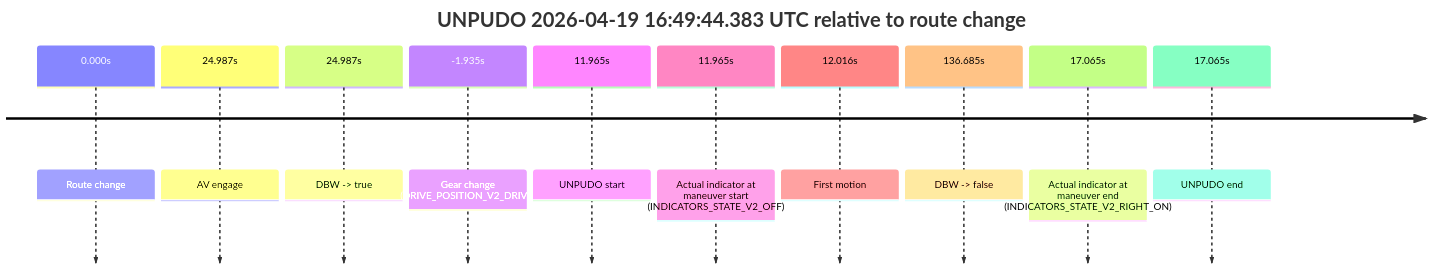
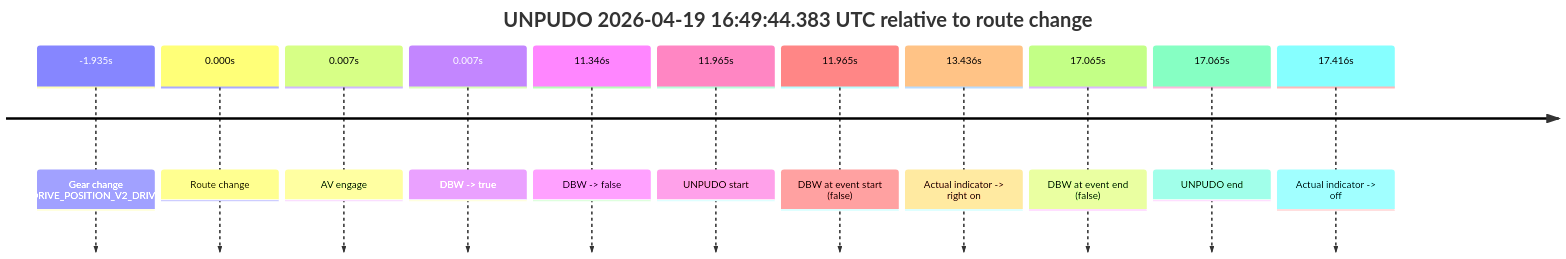
One commit to yoelshapiro/vault changed the fifth of 7 diagrams in model_analysis/report_cards/2026/04/Week-3/fme10010--2026-04-19--15-59-19--gen2-av-2bf37b53-8628-4edc-b973-f2233dbd6506.md. Above: the diagram before and after it, drawn with Mermaid. The commit also changed other lines of this file and 41 other files, not shown here.

````diff
--- a/model_analysis/report_cards/2026/04/Week-3/fme10010--2026-04-19--15-59-19--gen2-av-2bf37b53-8628-4edc-b973-f2233dbd6506.md
+++ b/model_analysis/report_cards/2026/04/Week-3/fme10010--2026-04-19--15-59-19--gen2-av-2bf37b53-8628-4edc-b973-f2233dbd6506.md
@@ -517,14 +412,15 @@
 ```mermaid
 timeline
     title UNPUDO 2026-04-19 16:49:44.383 UTC relative to route change
+    -1.935s : Gear change (DRIVE_POSITION_V2_DRIVE)
     0.000s : Route change
-    24.987s : AV engage
-    24.987s : DBW -> true
-    -1.935s : Gear change (DRIVE_POSITION_V2_DRIVE)
+    0.007s : AV engage
+    0.007s : DBW -> true
+    11.346s : DBW -> false
     11.965s : UNPUDO start
-    11.965s : Actual indicator at maneuver start (INDICATORS_STATE_V2_OFF)
-    12.016s : First motion
-    136.685s : DBW -> false
-    17.065s : Actual indicator at maneuver end (INDICATORS_STATE_V2_RIGHT_ON)
+    11.965s : DBW at event start (false)
+    13.436s : Actual indicator -> right on
+    17.065s : DBW at event end (false)
     17.065s : UNPUDO end
+    17.416s : Actual indicator -> off
 ```
````
